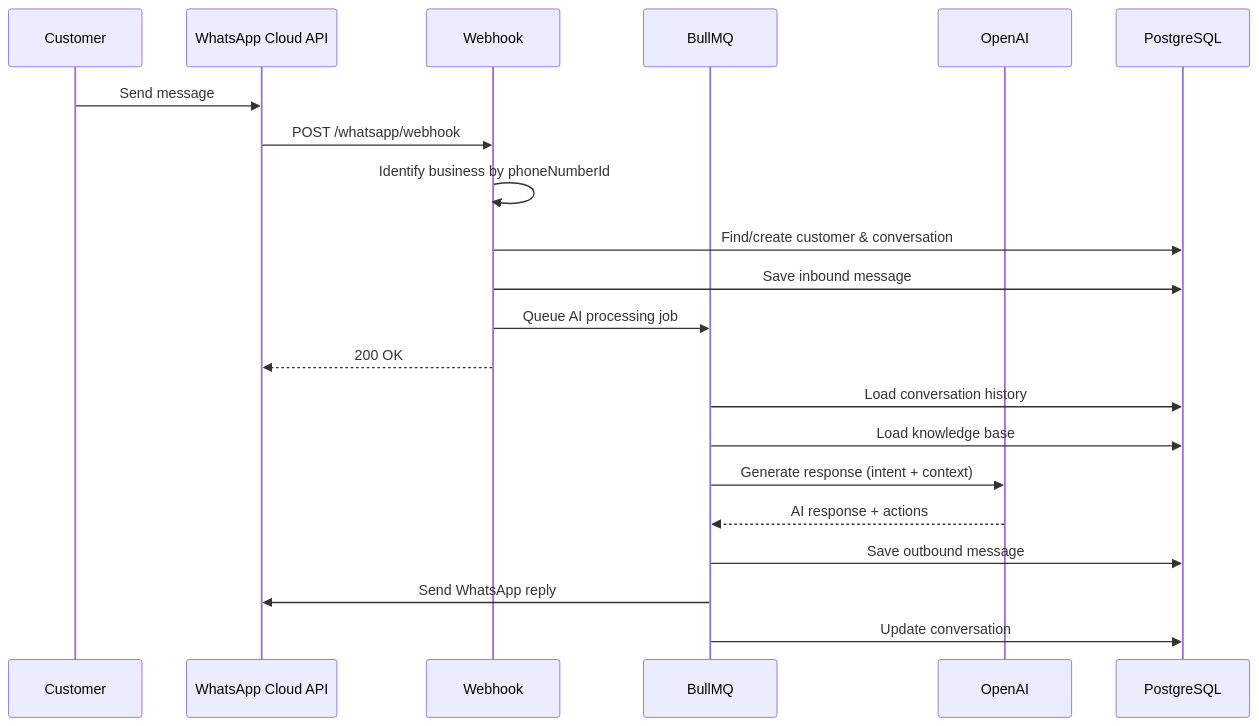
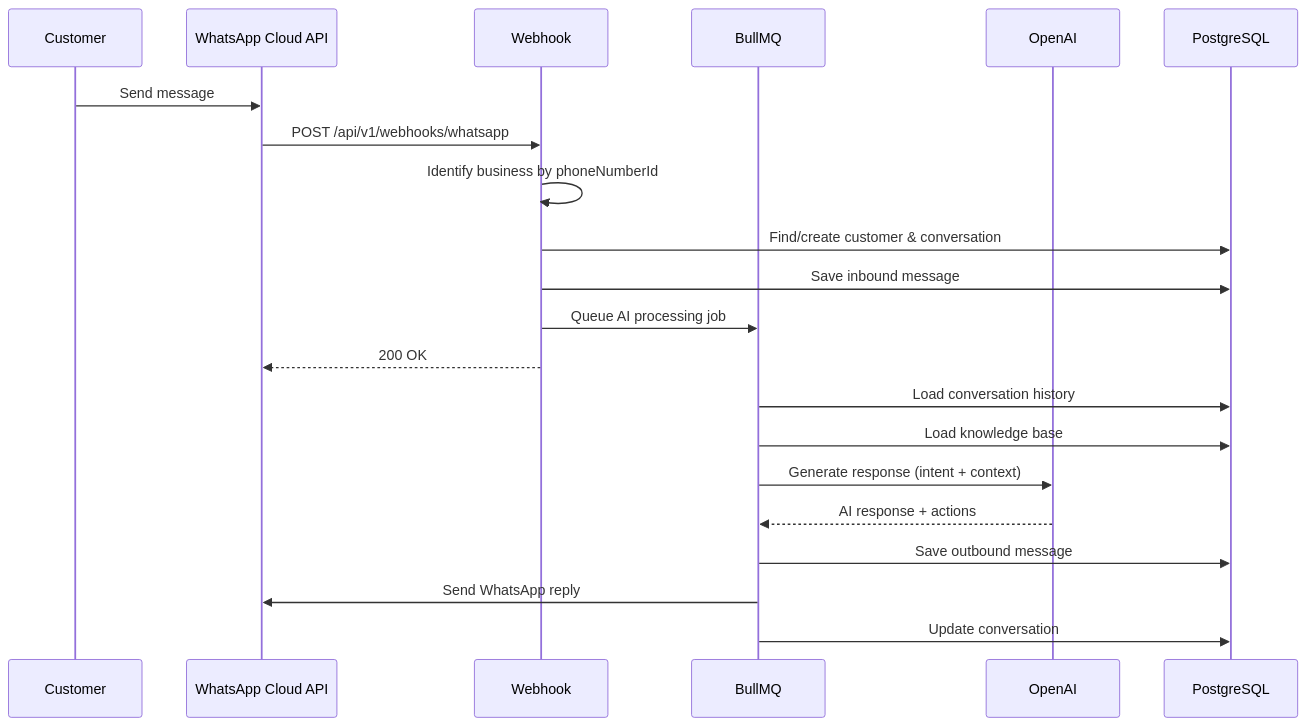
The second of 5 diagrams in docs/WORKFLOWS.md (Daacad44/SmartReception-AI), drawn with Mermaid before and after one commit. The commit also changed 9 other files, not shown here.

First line of the commit message:
fix: canonical WhatsApp webhook URL at /api/v1/webhooks/whatsapp

````diff
--- a/docs/WORKFLOWS.md
+++ b/docs/WORKFLOWS.md
@@ -41,25 +41,25 @@
 ```mermaid
 sequenceDiagram
     participant C as Customer
     participant WA as WhatsApp Cloud API
     participant W as Webhook
     participant Q as BullMQ
     participant AI as OpenAI
     participant DB as PostgreSQL
 
     C->>WA: Send message
-    WA->>W: POST /whatsapp/webhook
+    WA->>W: POST /api/v1/webhooks/whatsapp
     W->>W: Identify business by phoneNumberId
     W->>DB: Find/create customer & conversation
     W->>DB: Save inbound message
     W->>Q: Queue AI processing job
     W-->>WA: 200 OK
 
     Q->>DB: Load conversation history
     Q->>DB: Load knowledge base
     Q->>AI: Generate response (intent + context)
     AI-->>Q: AI response + actions
     Q->>DB: Save outbound message
     Q->>WA: Send WhatsApp reply
     Q->>DB: Update conversation
 ```
````
